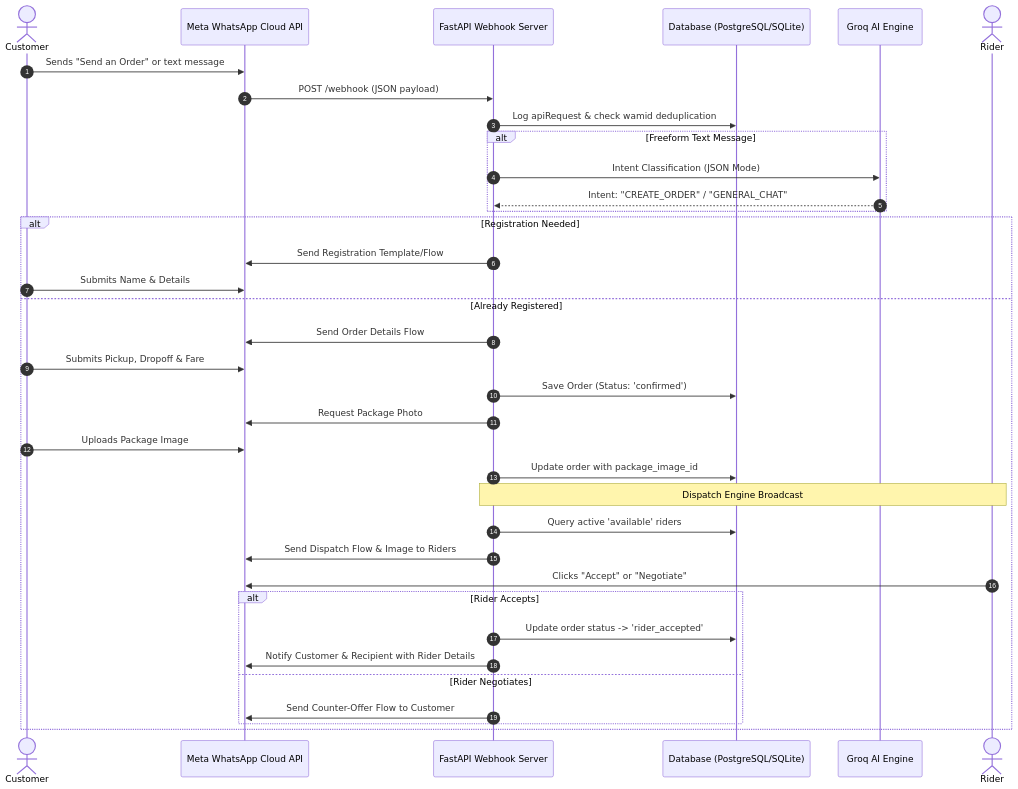
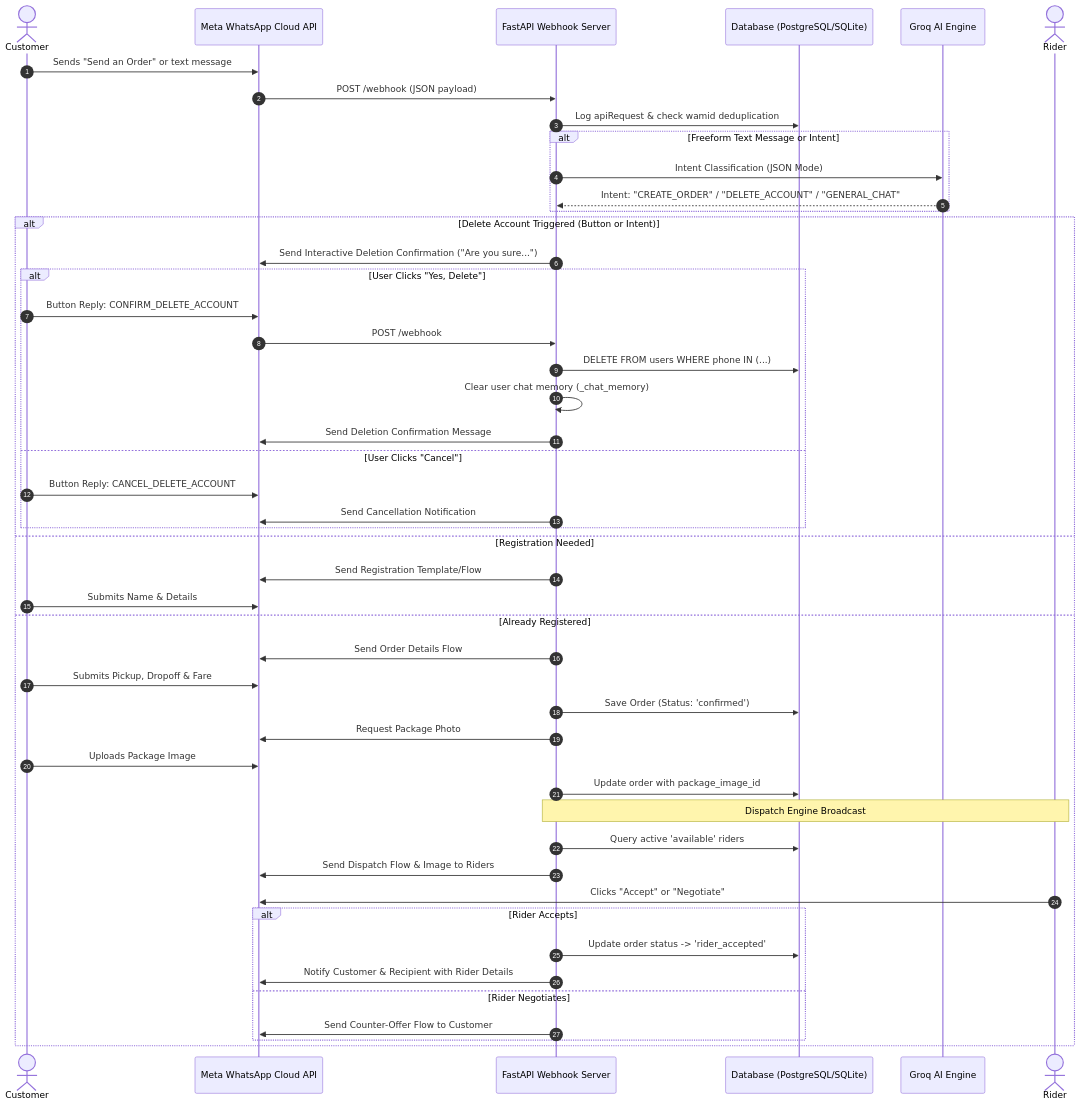
One commit to davidosaluka/fastAPIforWhatsappwebhook changed the diagram in README.md. Above: the diagram before and after it, drawn with Mermaid. The commit also changed other lines of this file and 3 other files, not shown here.

````diff
--- a/README.md
+++ b/README.md
@@ -54,43 +55,55 @@
 ```mermaid
 sequenceDiagram
     autonumber
     actor Customer
     participant WhatsApp as Meta WhatsApp Cloud API
     participant FastAPI as FastAPI Webhook Server
     participant DB as Database (PostgreSQL/SQLite)
     participant Groq as Groq AI Engine
     actor Rider
 
     Customer->>WhatsApp: Sends "Send an Order" or text message
     WhatsApp->>FastAPI: POST /webhook (JSON payload)
     FastAPI->>DB: Log apiRequest & check wamid deduplication
     
-    alt Freeform Text Message
+    alt Freeform Text Message or Intent
         FastAPI->>Groq: Intent Classification (JSON Mode)
-        Groq-->>FastAPI: Intent: "CREATE_ORDER" / "GENERAL_CHAT"
+        Groq-->>FastAPI: Intent: "CREATE_ORDER" / "DELETE_ACCOUNT" / "GENERAL_CHAT"
     end
 
-    alt Registration Needed
+    alt Delete Account Triggered (Button or Intent)
+        FastAPI->>WhatsApp: Send Interactive Deletion Confirmation ("Are you sure...")
+        alt User Clicks "Yes, Delete"
+            Customer->>WhatsApp: Button Reply: CONFIRM_DELETE_ACCOUNT
+            WhatsApp->>FastAPI: POST /webhook
+            FastAPI->>DB: DELETE FROM users WHERE phone IN (...)
+            FastAPI->>FastAPI: Clear user chat memory (_chat_memory)
+            FastAPI->>WhatsApp: Send Deletion Confirmation Message
+        else User Clicks "Cancel"
+            Customer->>WhatsApp: Button Reply: CANCEL_DELETE_ACCOUNT
+            FastAPI->>WhatsApp: Send Cancellation Notification
+        end
+    else Registration Needed
         FastAPI->>WhatsApp: Send Registration Template/Flow
         Customer->>WhatsApp: Submits Name & Details
     else Already Registered
         FastAPI->>WhatsApp: Send Order Details Flow
         Customer->>WhatsApp: Submits Pickup, Dropoff & Fare
         FastAPI->>DB: Save Order (Status: 'confirmed')
         FastAPI->>WhatsApp: Request Package Photo
         Customer->>WhatsApp: Uploads Package Image
         FastAPI->>DB: Update order with package_image_id
         
         Note over FastAPI, Rider: Dispatch Engine Broadcast
         FastAPI->>DB: Query active 'available' riders
         FastAPI->>WhatsApp: Send Dispatch Flow & Image to Riders
         Rider->>WhatsApp: Clicks "Accept" or "Negotiate"
         
         alt Rider Accepts
             FastAPI->>DB: Update order status -> 'rider_accepted'
             FastAPI->>WhatsApp: Notify Customer & Recipient with Rider Details
         else Rider Negotiates
             FastAPI->>WhatsApp: Send Counter-Offer Flow to Customer
         end
     end
 ```
````
